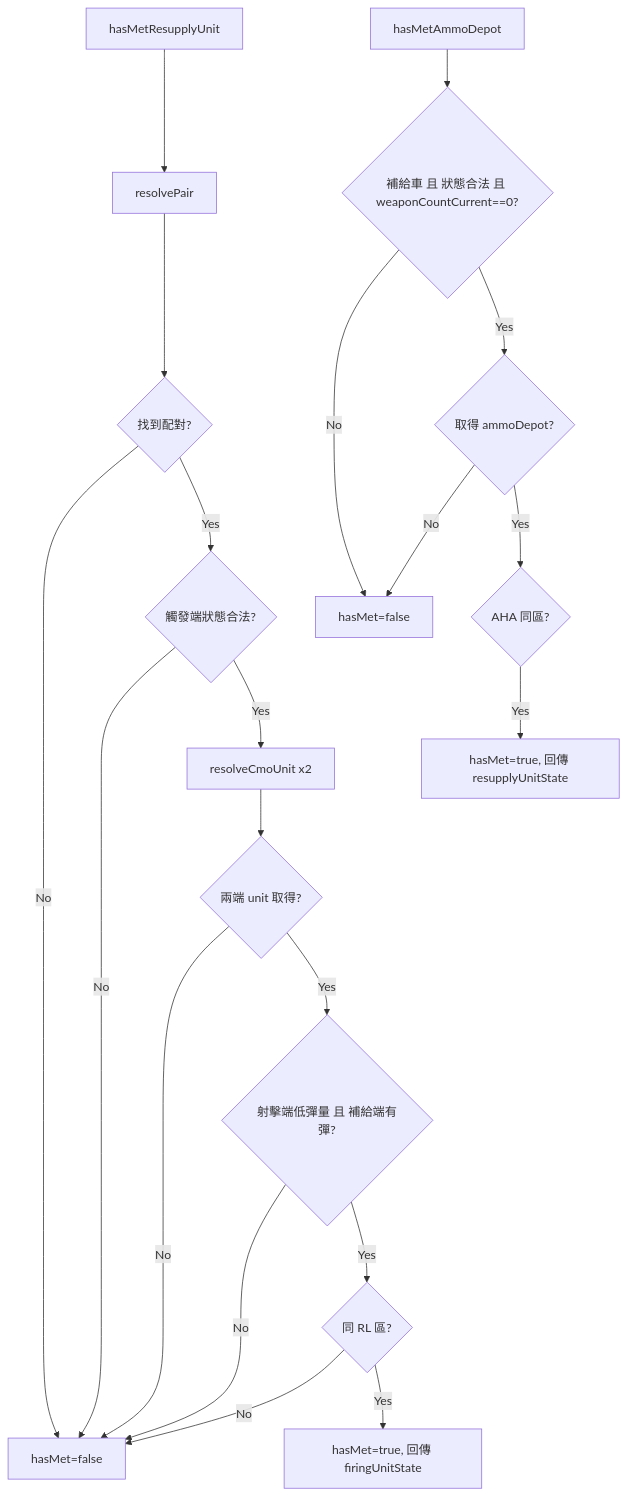
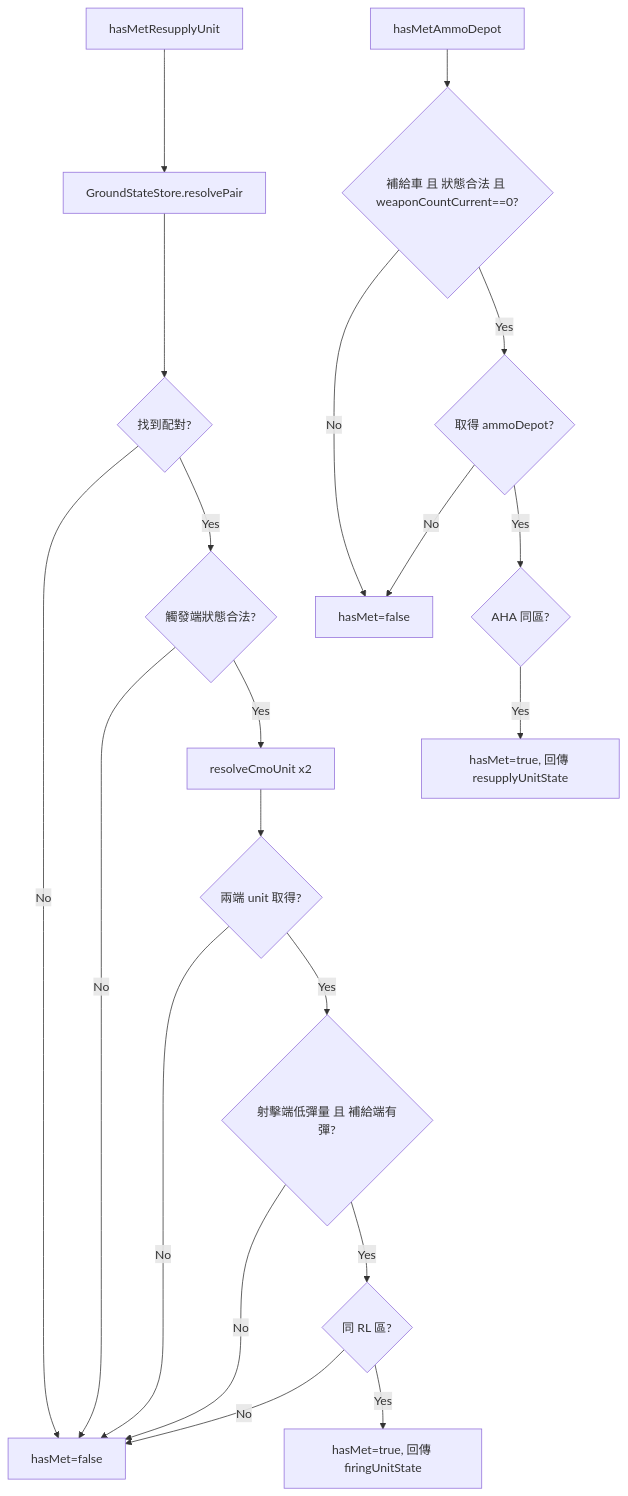
Before and after one commit to pullupjumper/formosa-in-flames: the diagram in docs/missileSystem/meeting.md, drawn with Mermaid. The commit also changed other lines of this file and 9 other files, not shown here.

First line of the commit message:
refactor(missileSystem): share pair lookup through GroundStateStore.resolvePair

````diff
--- a/docs/missileSystem/meeting.md
+++ b/docs/missileSystem/meeting.md
@@ -30,23 +30,23 @@
 ```mermaid
 flowchart TD
-    A[hasMetResupplyUnit] --> B[resolvePair]
+    A[hasMetResupplyUnit] --> B[GroundStateStore.resolvePair]
     B --> C{找到配對?}
     C -->|No| X1[hasMet=false]
     C -->|Yes| D{觸發端狀態合法?}
     D -->|No| X1
     D -->|Yes| E[resolveCmoUnit x2]
     E --> F{兩端 unit 取得?}
     F -->|No| X1
     F -->|Yes| G{射擊端低彈量 且 補給端有彈?}
     G -->|No| X1
     G -->|Yes| H{同 RL 區?}
     H -->|No| X1
     H -->|Yes| I[hasMet=true, 回傳 firingUnitState]
 
     J[hasMetAmmoDepot] --> K{補給車 且 狀態合法 且 weaponCountCurrent==0?}
     K -->|No| X2[hasMet=false]
     K -->|Yes| L{取得 ammoDepot?}
     L -->|No| X2
     L -->|Yes| M{AHA 同區?}
     M -->|Yes| N[hasMet=true, 回傳 resupplyUnitState]
 ```
````
